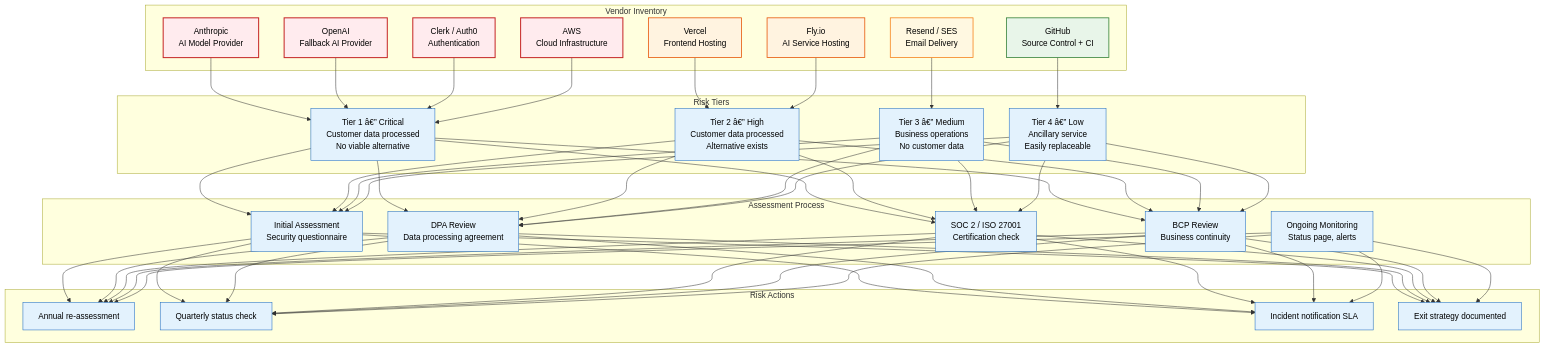
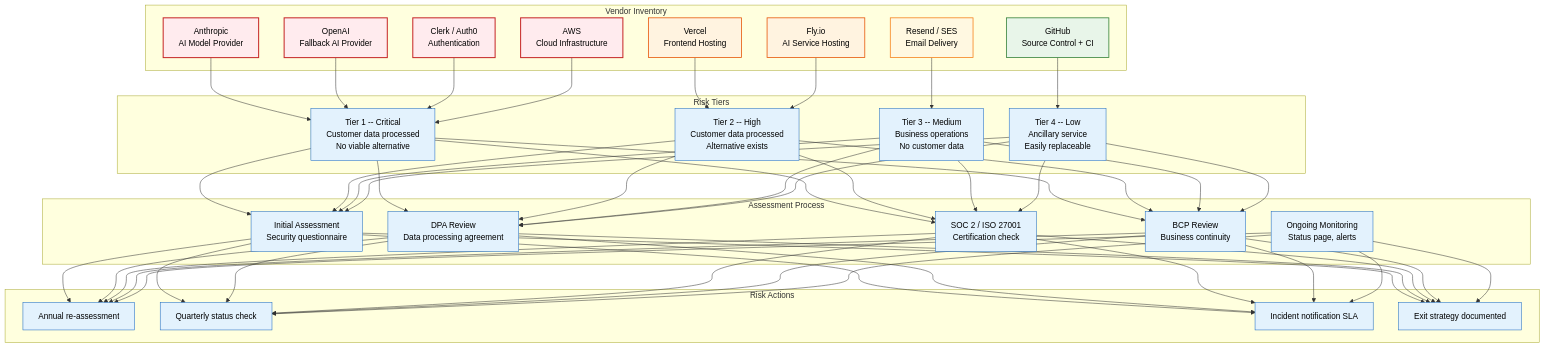
Before and after one commit to Driftloom/Vaeloom: the first of 2 diagrams in Docs/Operations/Vendor-Risk-Assessment.md, drawn with Mermaid. The commit also changed other lines of this file and 16 other files, not shown here.

````diff
--- a/Docs/Operations/Vendor-Risk-Assessment.md
+++ b/Docs/Operations/Vendor-Risk-Assessment.md
@@ -16,57 +16,57 @@
 ```mermaid
 graph TD
     classDef critical fill:#ffebee,stroke:#c62828,color:#000,stroke-width:2px
     classDef high fill:#fff3e0,stroke:#e65100,color:#000,stroke-width:1.5px
     classDef medium fill:#fff8e1,stroke:#f57f17,color:#000,stroke-width:1.5px
     classDef low fill:#e8f5e9,stroke:#2e7d32,color:#000,stroke-width:1.5px
     classDef action fill:#e3f2fd,stroke:#1565c0,color:#000,stroke-width:1px
 
     subgraph Vendors["Vendor Inventory"]
         V1["Anthropic<br/>AI Model Provider"]
         V2["OpenAI<br/>Fallback AI Provider"]
         V3["Clerk / Auth0<br/>Authentication"]
         V4["Vercel<br/>Frontend Hosting"]
         V5["Fly.io<br/>AI Service Hosting"]
         V6["AWS<br/>Cloud Infrastructure"]
         V7["Resend / SES<br/>Email Delivery"]
         V8["GitHub<br/>Source Control + CI"]
     end
 
     subgraph Tiers["Risk Tiers"]
-        T1["Tier 1 â€” Critical<br/>Customer data processed<br/>No viable alternative"]
-        T2["Tier 2 â€” High<br/>Customer data processed<br/>Alternative exists"]
-        T3["Tier 3 â€” Medium<br/>Business operations<br/>No customer data"]
-        T4["Tier 4 â€” Low<br/>Ancillary service<br/>Easily replaceable"]
+        T1["Tier 1 -- Critical<br/>Customer data processed<br/>No viable alternative"]
+        T2["Tier 2 -- High<br/>Customer data processed<br/>Alternative exists"]
+        T3["Tier 3 -- Medium<br/>Business operations<br/>No customer data"]
+        T4["Tier 4 -- Low<br/>Ancillary service<br/>Easily replaceable"]
     end
 
     subgraph Assessment["Assessment Process"]
         A1["Initial Assessment<br/>Security questionnaire"]
         A2["DPA Review<br/>Data processing agreement"]
         A3["SOC 2 / ISO 27001<br/>Certification check"]
         A4["BCP Review<br/>Business continuity"]
         A5["Ongoing Monitoring<br/>Status page, alerts"]
     end
 
     subgraph Actions["Risk Actions"]
         ACT1["Annual re-assessment"]
         ACT2["Quarterly status check"]
         ACT3["Incident notification SLA"]
         ACT4["Exit strategy documented"]
     end
 
     V1 & V2 & V3 & V6 --> T1
     V4 & V5 --> T2
     V7 --> T3
     V8 --> T4
 
     T1 & T2 & T3 & T4 --> A1 & A2 & A3 & A4
     A1 & A2 & A3 & A4 & A5 --> ACT1 & ACT2 & ACT3 & ACT4
 
     class V1,V2,V3,V6 critical
     class V4,V5 high
     class V7 medium
     class V8 low
     class T1,T2,T3,T4 action
     class A1,A2,A3,A4,A5 action
     class ACT1,ACT2,ACT3,ACT4 action
 ```
````
